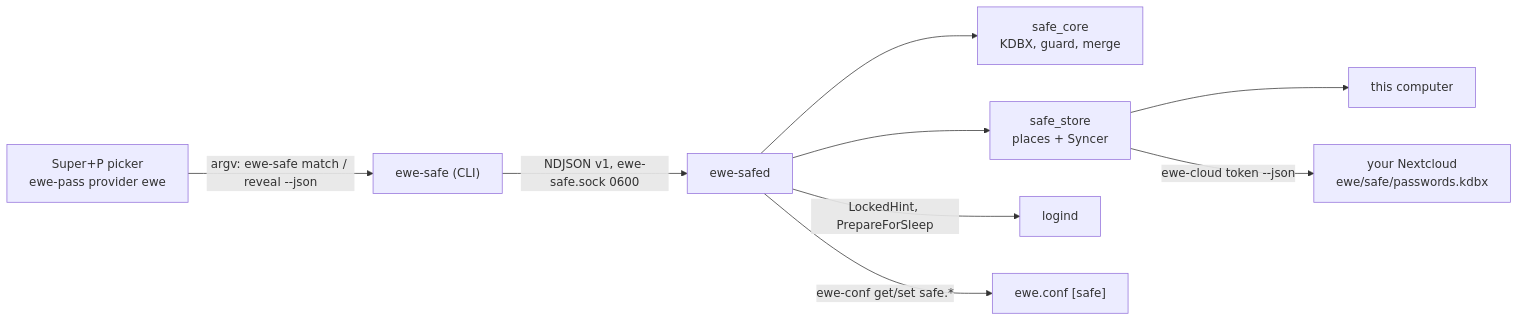
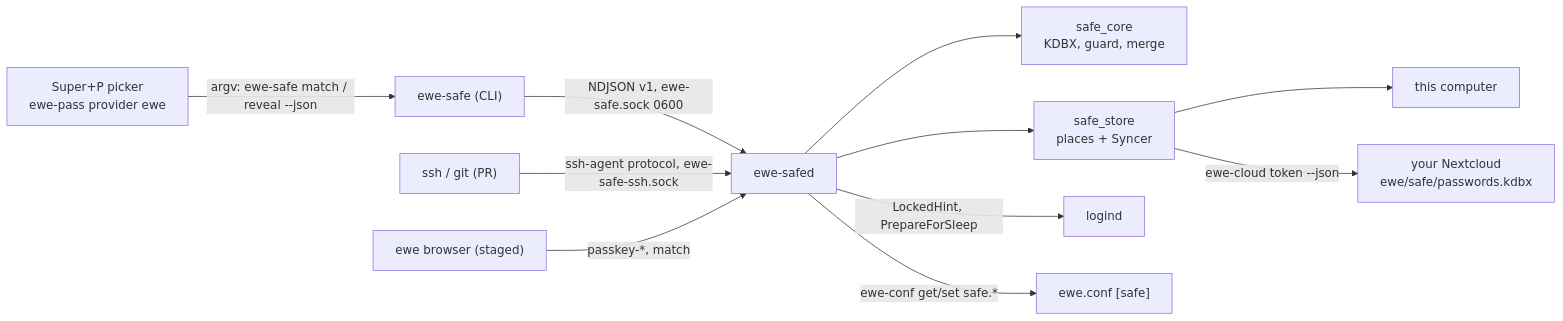
Before and after one commit to prj786/ewe-map: the diagram in 03-Components/ewe-safe.md, drawn with Mermaid. The commit also changed other lines of this file and 23 other files, not shown here.

First line of the commit message:
vault: Safe, ewe browser and the companion together (2026-10-15, PRs open)

````diff
--- a/03-Components/ewe-safe.md
+++ b/03-Components/ewe-safe.md
@@ -22,11 +22,13 @@
 ```mermaid
 flowchart LR
     PICK["Super+P picker<br/>ewe-pass provider ewe"] -->|"argv: ewe-safe match / reveal --json"| CLI["ewe-safe (CLI)"]
     CLI -->|"NDJSON v1, ewe-safe.sock 0600"| D["ewe-safed"]
     D --> CORE["safe_core<br/>KDBX, guard, merge"]
     D --> STORE["safe_store<br/>places + Syncer"]
     STORE --> LOCAL["this computer"]
     STORE -->|"ewe-cloud token --json"| NC["your Nextcloud<br/>ewe/safe/passwords.kdbx"]
     D -->|"LockedHint, PrepareForSleep"| LOGIND["logind"]
     D -->|"ewe-conf get/set safe.*"| CONF["ewe.conf [safe]"]
+    SSH["ssh / git (PR)"] -->|"ssh-agent protocol, ewe-safe-ssh.sock"| D
+    BR["ewe browser (staged)"] -->|"passkey-*, match"| D
 ```
````
